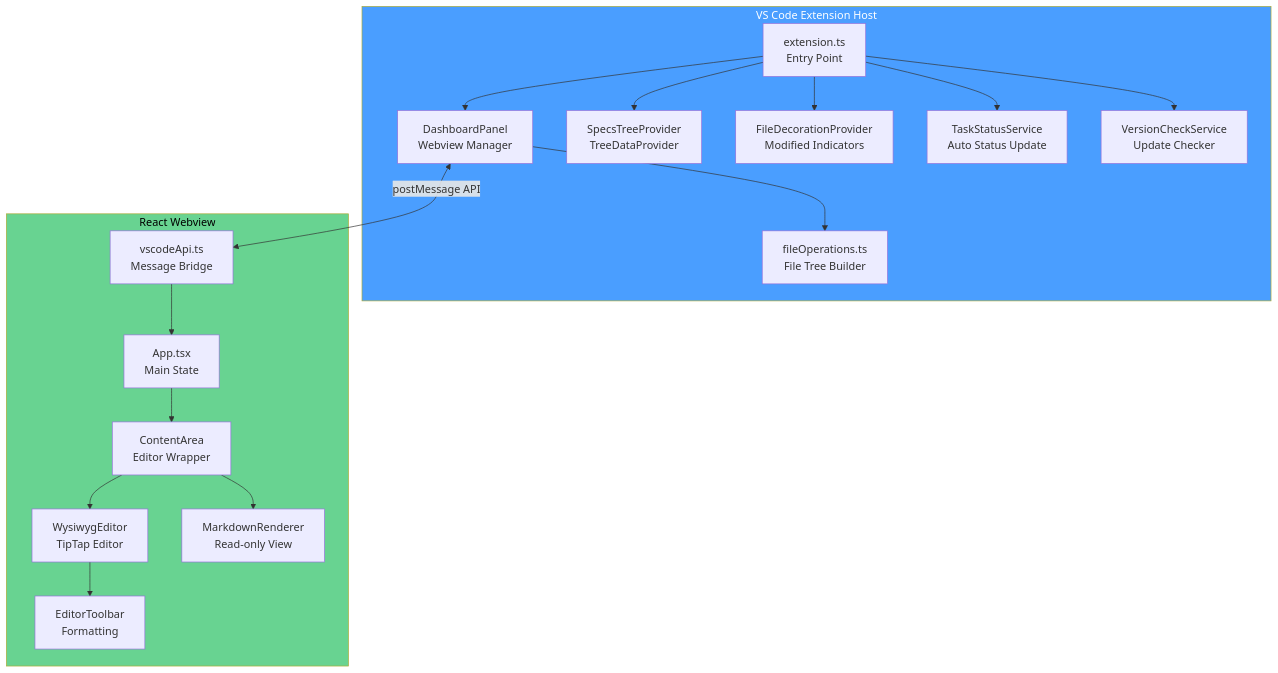
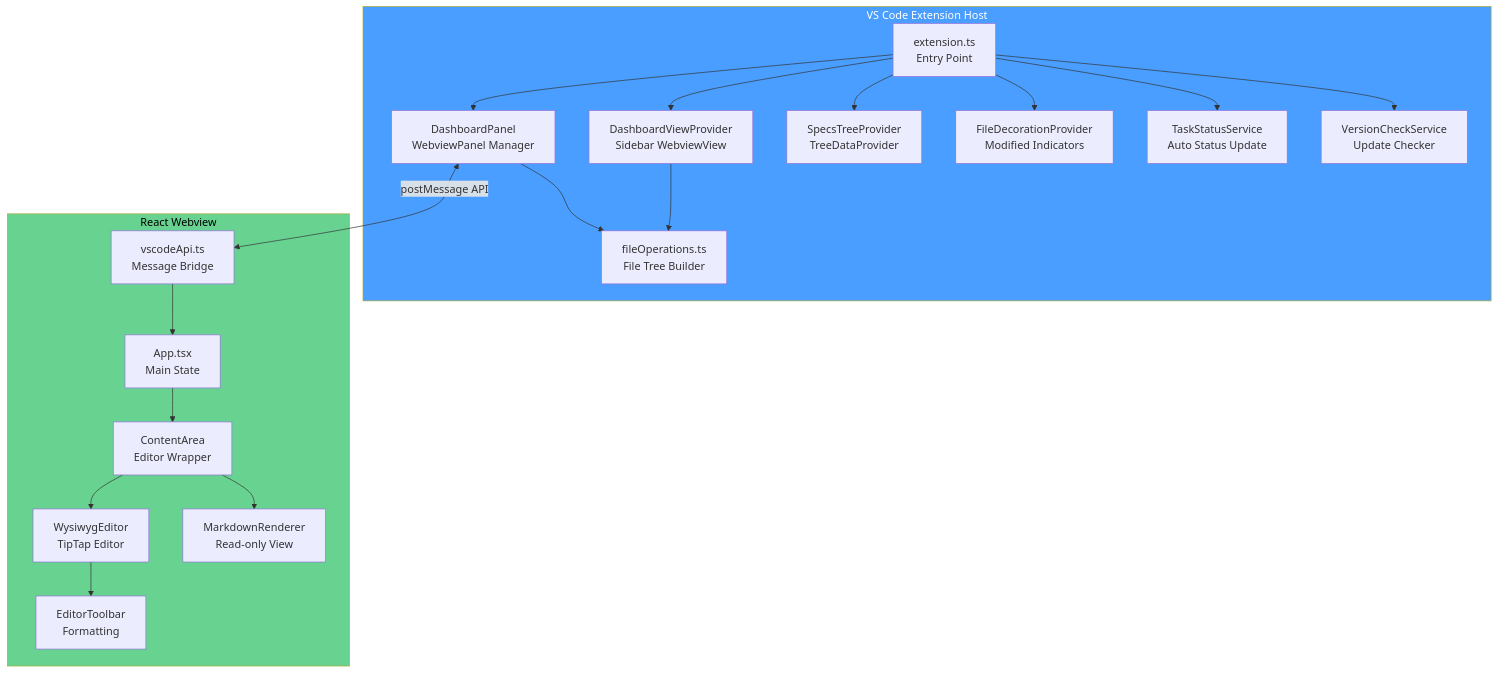
One commit to Tadzesi/SpecTacular changed the seventh of 22 diagrams in ARCHITECTURE.md. Above: the diagram before and after it, drawn with Mermaid. The commit also changed other lines of this file and 3 other files, not shown here.

````diff
--- a/ARCHITECTURE.md
+++ b/ARCHITECTURE.md
@@ -246,38 +246,41 @@
 ```mermaid
 graph TB
     subgraph VSCode["VS Code Extension Host"]
         EXT[extension.ts<br/>Entry Point]
-        DP[DashboardPanel<br/>Webview Manager]
+        DP[DashboardPanel<br/>WebviewPanel Manager]
+        DVP[DashboardViewProvider<br/>Sidebar WebviewView]
         STP[SpecsTreeProvider<br/>TreeDataProvider]
         FDP[FileDecorationProvider<br/>Modified Indicators]
         TSS[TaskStatusService<br/>Auto Status Update]
         FO[fileOperations.ts<br/>File Tree Builder]
         VCS[VersionCheckService<br/>Update Checker]
     end
 
     subgraph Webview["React Webview"]
         APP[App.tsx<br/>Main State]
         CA[ContentArea<br/>Editor Wrapper]
         WE[WysiwygEditor<br/>TipTap Editor]
         MR[MarkdownRenderer<br/>Read-only View]
         API[vscodeApi.ts<br/>Message Bridge]
         TB[EditorToolbar<br/>Formatting]
     end
 
     EXT --> DP
+    EXT --> DVP
     EXT --> STP
     EXT --> FDP
     EXT --> TSS
     EXT --> VCS
     DP --> FO
+    DVP --> FO
 
     DP <-->|postMessage API| API
     API --> APP
     APP --> CA
     CA --> WE
     CA --> MR
     WE --> TB
 
     style VSCode fill:#4a9eff,color:#fff
     style Webview fill:#68d391,color:#000
 ```
````
